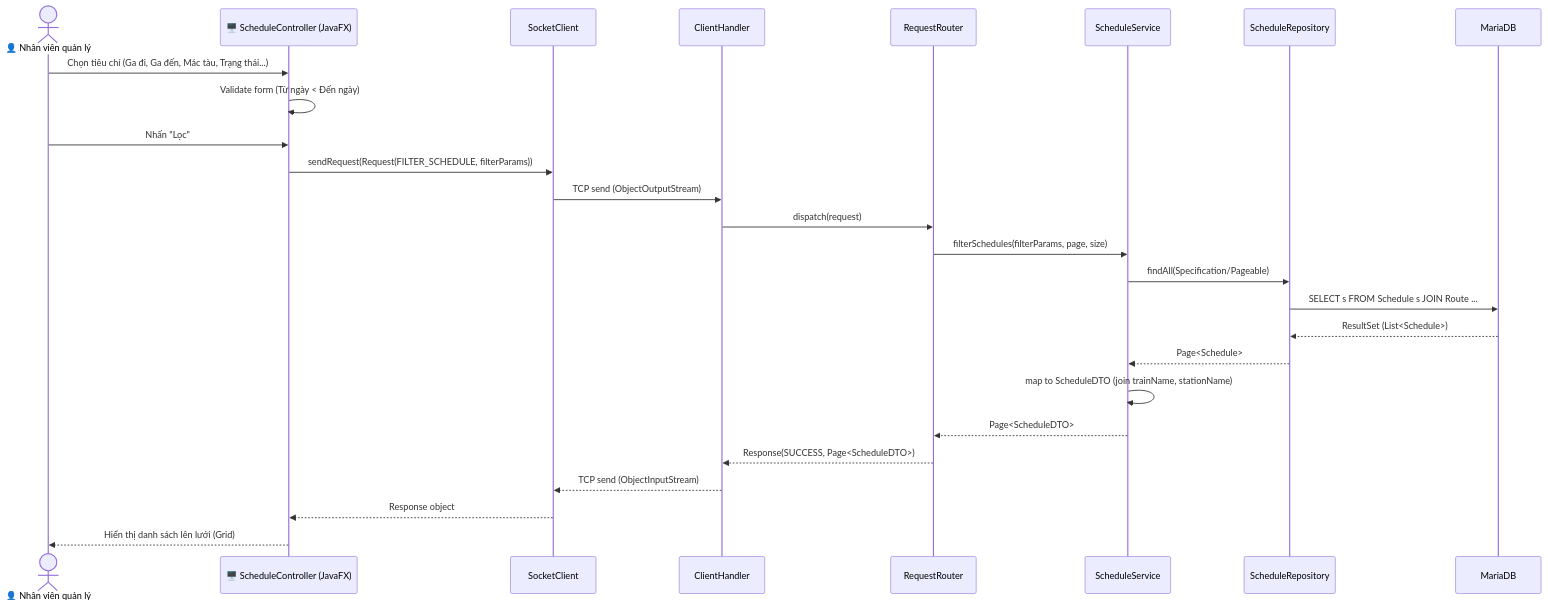
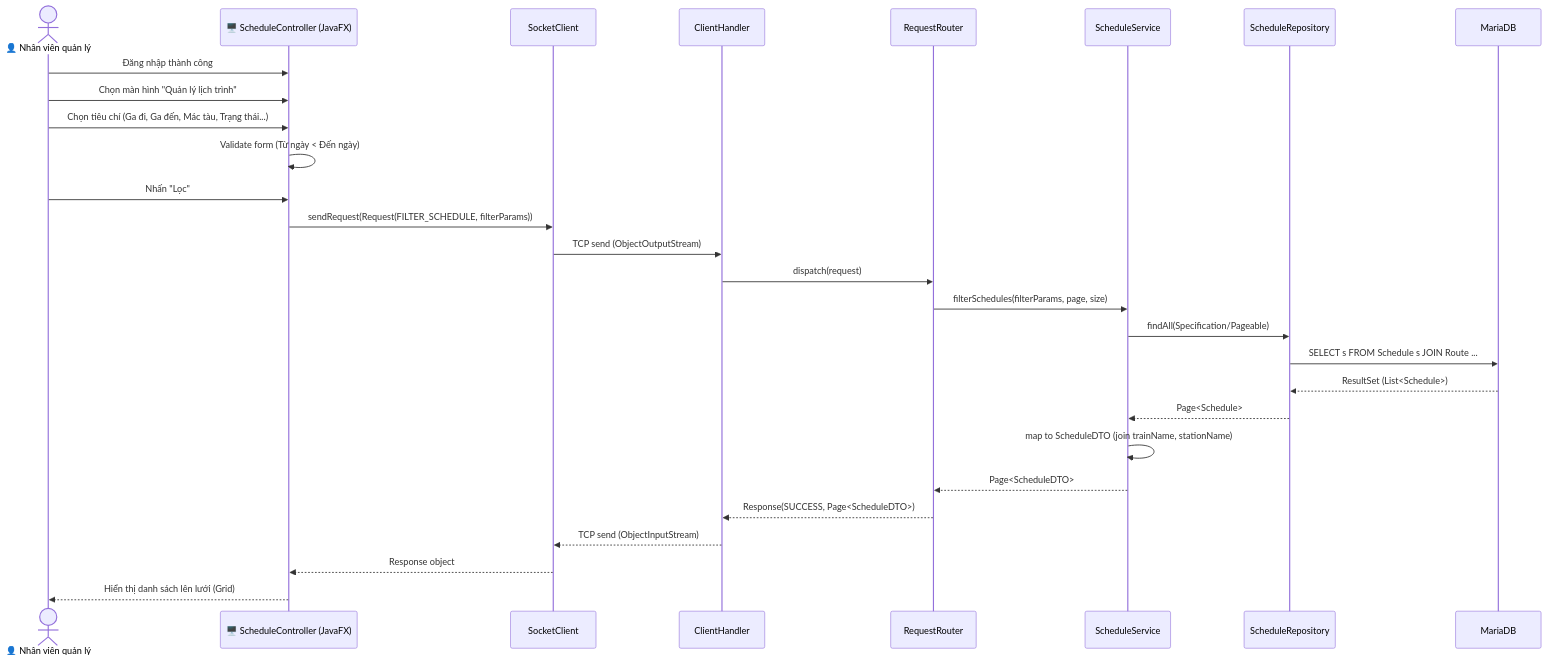
The second of 3 diagrams in docs/diagrams/sequence/uc005-loc-lich-trinh-tau.md (Distributed-Programing-Project/railway-reservation-system-server), drawn with Mermaid before and after one commit. The commit also changed 6 other files, not shown here.

First line of the commit message:
fix(diagram): add login and screen navigation steps to all sequence diagrams

````diff
--- a/docs/diagrams/sequence/uc005-loc-lich-trinh-tau.md
+++ b/docs/diagrams/sequence/uc005-loc-lich-trinh-tau.md
@@ -37,31 +37,33 @@
 ```mermaid
 sequenceDiagram
     actor User as 👤 Nhân viên quản lý
     participant UI as 🖥️ ScheduleController (JavaFX)
     participant ClientNet as SocketClient
     participant ServerNet as ClientHandler
     participant Router as RequestRouter
     participant Svc as ScheduleService
     participant Repo as ScheduleRepository
     participant DB as MariaDB
 
+    User->>UI: Đăng nhập thành công
+    User->>UI: Chọn màn hình "Quản lý lịch trình"
     User->>UI: Chọn tiêu chí (Ga đi, Ga đến, Mác tàu, Trạng thái...)
     UI->>UI: Validate form (Từ ngày < Đến ngày)
     User->>UI: Nhấn "Lọc"
     UI->>ClientNet: sendRequest(Request(FILTER_SCHEDULE, filterParams))
     ClientNet->>ServerNet: TCP send (ObjectOutputStream)
     ServerNet->>Router: dispatch(request)
     Router->>Svc: filterSchedules(filterParams, page, size)
     
     Svc->>Repo: findAll(Specification/Pageable)
     Repo->>DB: SELECT s FROM Schedule s JOIN Route ...
     DB-->>Repo: ResultSet (List<Schedule>)
     Repo-->>Svc: Page<Schedule>
     
     Svc->>Svc: map to ScheduleDTO (join trainName, stationName)
     Svc-->>Router: Page<ScheduleDTO>
     Router-->>ServerNet: Response(SUCCESS, Page<ScheduleDTO>)
     ServerNet-->>ClientNet: TCP send (ObjectInputStream)
     ClientNet-->>UI: Response object
     UI-->>User: Hiển thị danh sách lên lưới (Grid)
 ```
````
